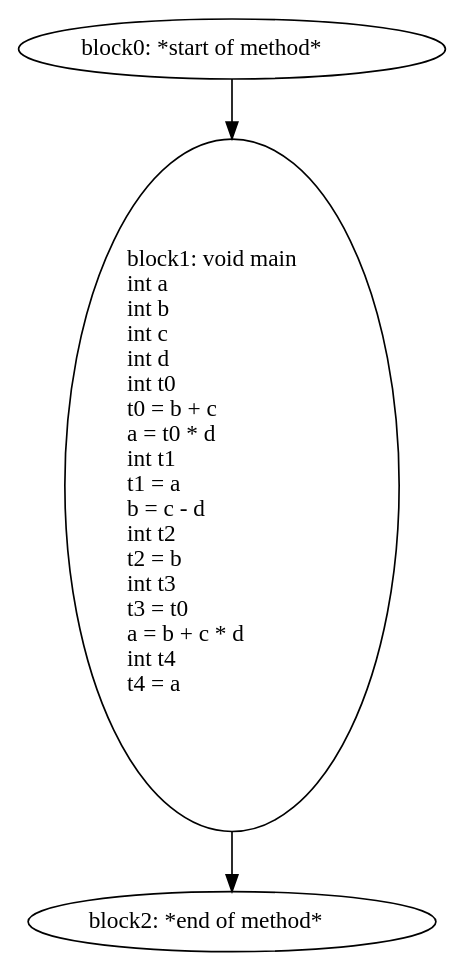
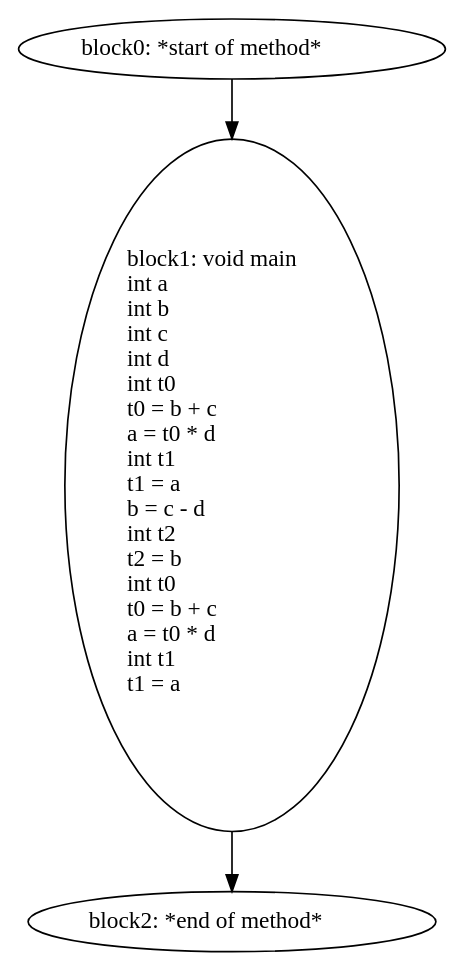
Before and after one commit to jimmyz42/CCompiler: the diagram in foo.dot, drawn with Graphviz. The commit also changed 7 other files, not shown here.

```diff
--- a/foo.dot
+++ b/foo.dot
@@ -1,7 +1,7 @@
 digraph G {
   block0 [ label="block0: *start\ of\ method*\l" ];
-  block1 [ label="block1: void\ main\lint\ a\lint\ b\lint\ c\lint\ d\lint\ t0\lt0\ =\ b\ +\ c\la\ =\ t0\ *\ d\lint\ t1\lt1\ =\ a\lb\ =\ c\ -\ d\lint\ t2\lt2\ =\ b\lint\ t3\lt3\ =\ t0\la\ =\ b\ +\ c\ *\ d\lint\ t4\lt4\ =\ a\l\l" ];
+  block1 [ label="block1: void\ main\lint\ a\lint\ b\lint\ c\lint\ d\lint\ t0\lt0\ =\ b\ +\ c\la\ =\ t0\ *\ d\lint\ t1\lt1\ =\ a\lb\ =\ c\ -\ d\lint\ t2\lt2\ =\ b\lint\ t0\lt0\ =\ b\ +\ c\la\ =\ t0\ *\ d\lint\ t1\lt1\ =\ a\l\l" ];
   block2 [ label="block2: *end\ of\ method*\l" ];
   block0 -> block1;
   block1 -> block2;
 }
```
